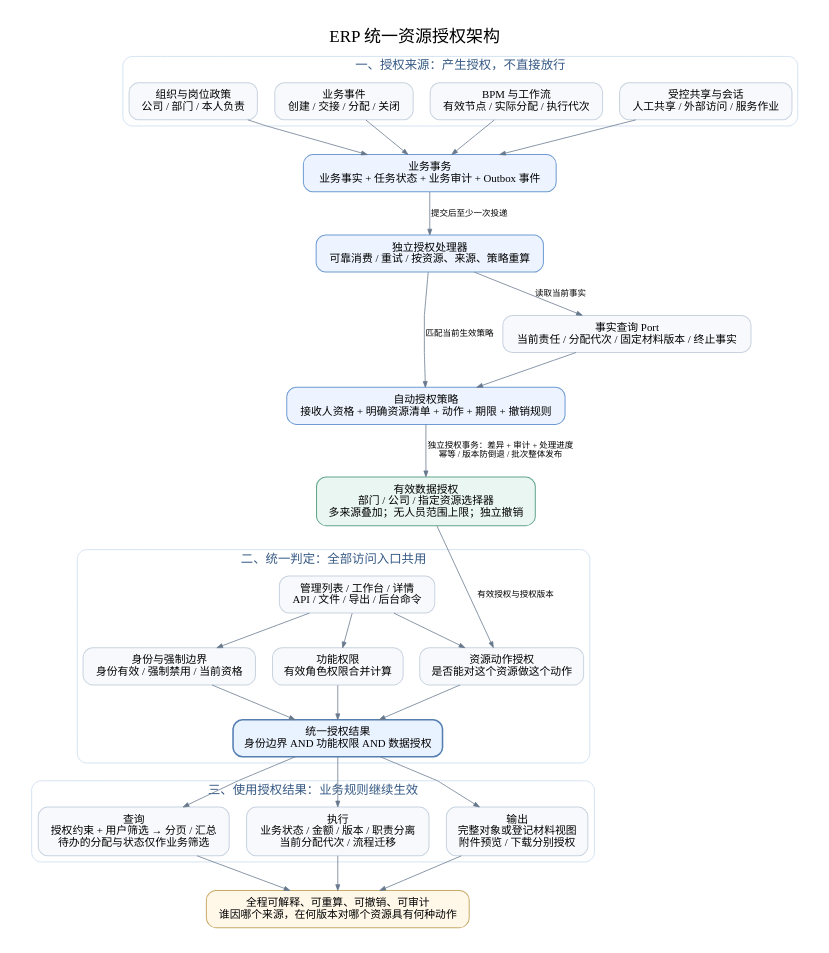
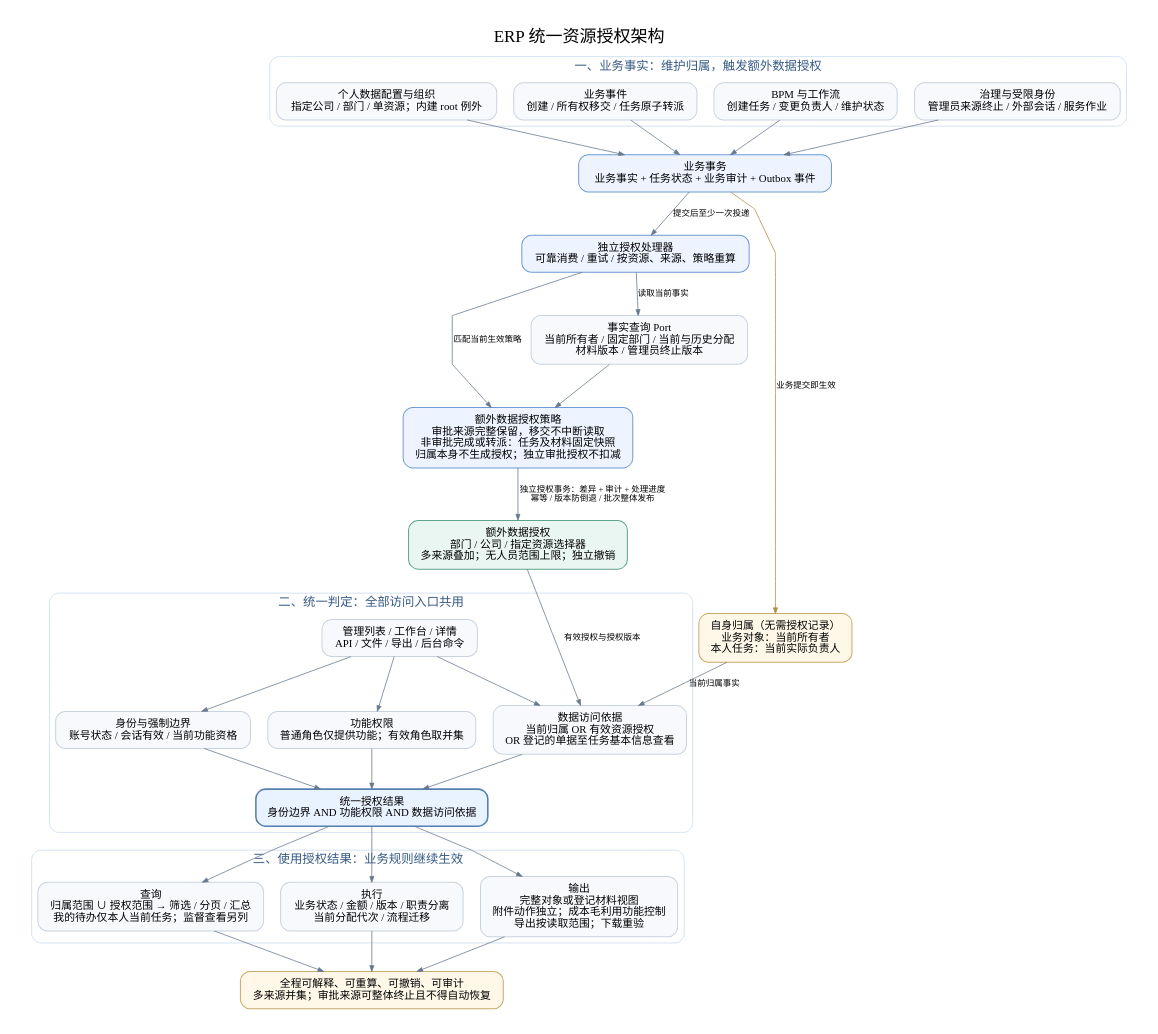
One commit to mztlive/erp changed the diagram in docs/assets/resource-authorization-architecture.dot. Above: the diagram before and after it, drawn with Graphviz. The commit also changed 3 other files, not shown here.

```diff
--- a/docs/assets/resource-authorization-architecture.dot
+++ b/docs/assets/resource-authorization-architecture.dot
@@ -1,53 +1,56 @@
 digraph resourceAuthorization {
   graph [rankdir=TB, bgcolor="#ffffff", pad="0.35", nodesep="0.30", ranksep="0.60", fontname="PingFang SC", fontsize=22, label="ERP 统一资源授权架构", labelloc=t, splines=polyline];
   node [shape=box, style="rounded,filled", fillcolor="#f7f9fc", color="#c9d3e0", fontname="PingFang SC", fontsize=14, margin="0.18,0.12", penwidth=1.3];
   edge [fontname="PingFang SC", fontsize=11, color="#67788d", arrowsize=0.75];
 
   subgraph clusterSources {
-    label="一、授权来源：产生授权，不直接放行";
+    label="一、业务事实：维护归属，触发额外数据授权";
     fontsize=16; fontcolor="#355984"; color="#c9dbef"; style="rounded";
-    scope [label="组织与岗位政策\n公司 / 部门 / 本人负责"];
-    business [label="业务事件\n创建 / 交接 / 分配 / 关闭"];
-    bpm [label="BPM 与工作流\n有效节点 / 实际分配 / 执行代次"];
-    sharing [label="受控共享与会话\n人工共享 / 外部访问 / 服务作业"];
-    {rank=same; scope; business; bpm; sharing;}
+    scope [label="个人数据配置与组织\n指定公司 / 部门 / 单资源；内建 root 例外"];
+    business [label="业务事件\n创建 / 所有权移交 / 任务原子转派"];
+    bpm [label="BPM 与工作流\n创建任务 / 变更负责人 / 维护状态"];
+    governance [label="治理与受限身份\n管理员来源终止 / 外部会话 / 服务作业"];
+    {rank=same; scope; business; bpm; governance;}
   }
-  policy [label="自动授权策略\n接收人资格 + 明确资源清单 + 动作 + 期限 + 撤销规则", fillcolor="#edf4ff", color="#6e9bd2"];
+  policy [label="额外数据授权策略\n审批来源完整保留，移交不中断读取\n非审批完成或转派：任务及材料固定快照\n归属本身不生成授权；独立审批授权不扣减", fillcolor="#edf4ff", color="#6e9bd2"];
   outbox [label="业务事务\n业务事实 + 任务状态 + 业务审计 + Outbox 事件", fillcolor="#edf4ff", color="#6e9bd2"];
   worker [label="独立授权处理器\n可靠消费 / 重试 / 按资源、来源、策略重算", fillcolor="#edf4ff", color="#6e9bd2"];
-  facts [label="事实查询 Port\n当前责任 / 分配代次 / 固定材料版本 / 终止事实"];
-  scope -> outbox; business -> outbox; bpm -> outbox; sharing -> outbox;
+  facts [label="事实查询 Port\n当前所有者 / 固定部门 / 当前与历史分配\n材料版本 / 管理员终止版本"];
+  scope -> outbox; business -> outbox; bpm -> outbox; governance -> outbox;
   outbox -> worker [label="提交后至少一次投递"];
   worker -> facts [label="读取当前事实"];
   facts -> policy;
   worker -> policy [label="匹配当前生效策略"];
-  grants [label="有效数据授权\n部门 / 公司 / 指定资源选择器\n多来源叠加；无人员范围上限；独立撤销", fillcolor="#eaf6f1", color="#60a58a"];
+  grants [label="额外数据授权\n部门 / 公司 / 指定资源选择器\n多来源叠加；无人员范围上限；独立撤销", fillcolor="#eaf6f1", color="#60a58a"];
   policy -> grants [label="独立授权事务：差异 + 审计 + 处理进度\n幂等 / 版本防倒退 / 批次整体发布"];
 
   subgraph clusterAccess {
     label="二、统一判定：全部访问入口共用";
     fontsize=16; fontcolor="#355984"; color="#c9dbef"; style="rounded";
     request [label="管理列表 / 工作台 / 详情\nAPI / 文件 / 导出 / 后台命令"];
-    identity [label="身份与强制边界\n身份有效 / 强制禁用 / 当前资格"];
-    capability [label="功能权限\n有效角色权限合并计算"];
-    dataCheck [label="资源动作授权\n是否能对这个资源做这个动作"];
-    decision [label="统一授权结果\n身份边界 AND 功能权限 AND 数据授权", fillcolor="#e9f2ff", color="#557fb1", penwidth=2];
+    identity [label="身份与强制边界\n账号状态 / 会话有效 / 当前功能资格"];
+    capability [label="功能权限\n普通角色仅提供功能；有效角色取并集"];
+    dataCheck [label="数据访问依据\n当前归属 OR 有效资源授权\nOR 登记的单据至任务基本信息查看"];
+    decision [label="统一授权结果\n身份边界 AND 功能权限 AND 数据访问依据", fillcolor="#e9f2ff", color="#557fb1", penwidth=2];
     {rank=same; identity; capability; dataCheck;}
     request -> identity; request -> capability; request -> dataCheck;
     identity -> decision; capability -> decision; dataCheck -> decision;
   }
+  own [label="自身归属（无需授权记录）\n业务对象：当前所有者\n本人任务：当前实际负责人", fillcolor="#fff8e9", color="#c8aa68"];
+  outbox -> own [label="业务提交即生效", color="#b28d40"];
+  own -> dataCheck [label="当前归属事实"];
   grants -> dataCheck [label="有效授权与授权版本"];
   grants -> request [style=invis];
 
   subgraph clusterUse {
     label="三、使用授权结果：业务规则继续生效";
     fontsize=16; fontcolor="#355984"; color="#c9dbef"; style="rounded";
-    query [label="查询\n授权约束 + 用户筛选 → 分页 / 汇总\n待办的分配与状态仅作业务筛选"];
+    query [label="查询\n归属范围 ∪ 授权范围 → 筛选 / 分页 / 汇总\n我的待办仅本人当前任务；监督查看另列"];
     command [label="执行\n业务状态 / 金额 / 版本 / 职责分离\n当前分配代次 / 流程迁移"];
-    material [label="输出\n完整对象或登记材料视图\n附件预览 / 下载分别授权"];
+    material [label="输出\n完整对象或登记材料视图\n附件动作独立；成本毛利用功能控制\n导出按读取范围；下载重验"];
     {rank=same; query; command; material;}
   }
   decision -> query; decision -> command; decision -> material;
-  audit [label="全程可解释、可重算、可撤销、可审计\n谁因哪个来源，在何版本对哪个资源具有何种动作", fillcolor="#fff8e9", color="#c8aa68"];
+  audit [label="全程可解释、可重算、可撤销、可审计\n多来源并集；审批来源可整体终止且不得自动恢复", fillcolor="#fff8e9", color="#c8aa68"];
   query -> audit; command -> audit; material -> audit;
 }
```
